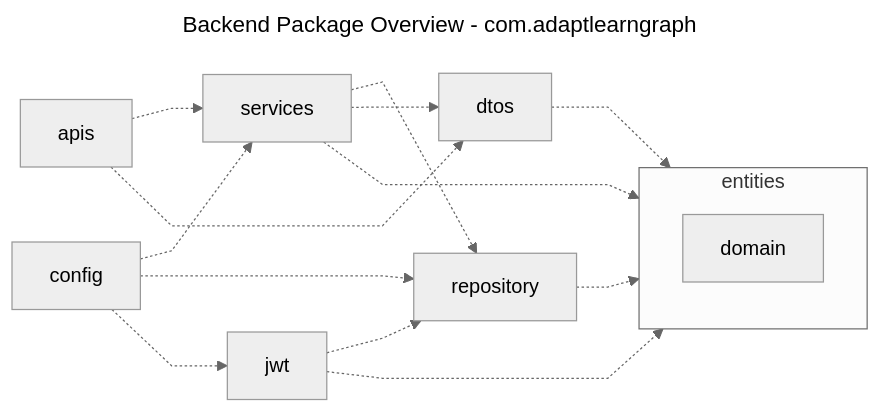
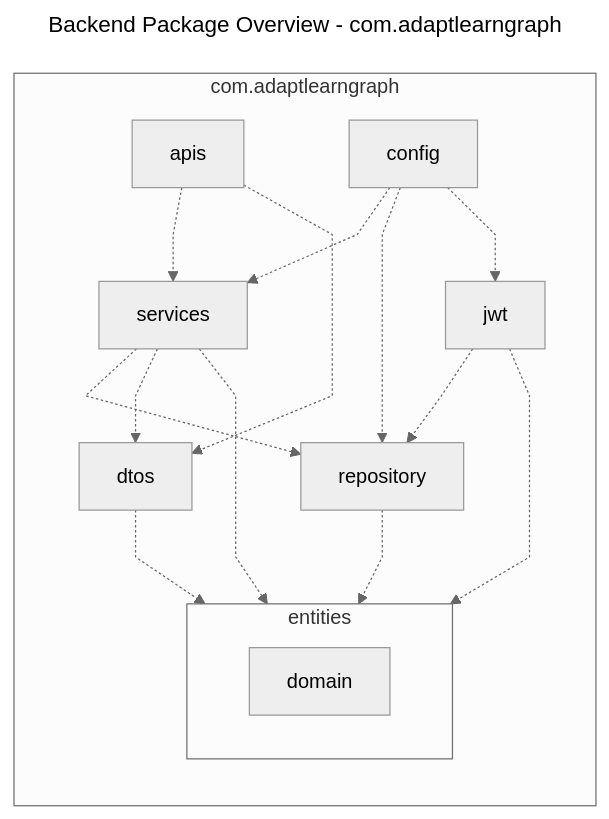
One commit to SEP490-Fall-2026-GFA26SE64/SEP490 changed the diagram in documents/diagrams/mermaid/pkg-overview-backend.mmd. Above: the diagram before and after it, drawn with Mermaid. The commit also changed 126 other files, not shown here.

```diff
--- a/documents/diagrams/mermaid/pkg-overview-backend.mmd
+++ b/documents/diagrams/mermaid/pkg-overview-backend.mmd
@@ -1,33 +1,35 @@
 ---
 title: "Backend Package Overview - com.adaptlearngraph"
 config:
   look: classic
   theme: neutral
   flowchart: {htmlLabels: false, curve: linear}
 ---
 flowchart LR
+  subgraph BackendRoot["com.adaptlearngraph"]
   subgraph Entities["entities"]
     EntityDomain["domain"]
   end
   Apis["apis"]
   Services["services"]
   Repository["repository"]
   Dtos["dtos"]
   Config["config"]
   Jwt["jwt"]
+  end
 
   Apis -.-> Services
   Apis -.-> Dtos
   Services -.-> Repository
   Services -.-> Entities
   Services -.-> Dtos
   Repository -.-> Entities
   Dtos -.-> Entities
   Config -.-> Services
   Config -.-> Repository
   Config -.-> Jwt
   Jwt -.-> Repository
   Jwt -.-> Entities
 
   %% Selected current Java imports, not runtime flow or a strict layer contract.
   %% render-package-overviews.cjs renders these nodes as UML package folders.
```
